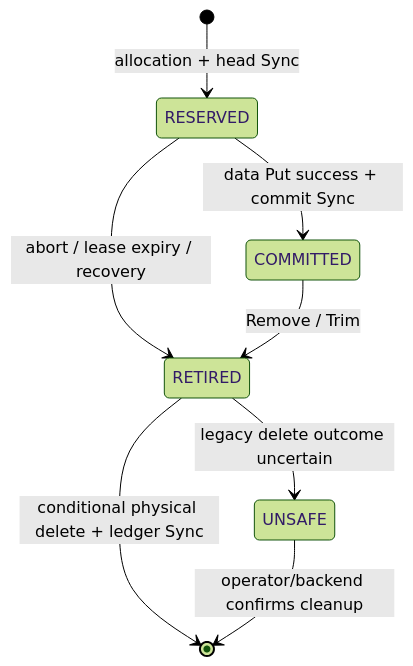
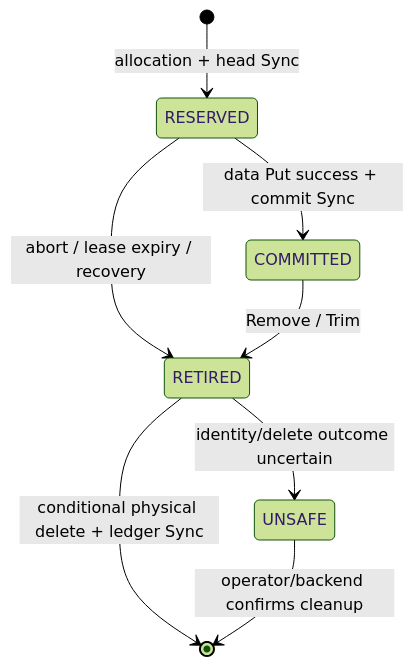
One commit to alibaba/tair-kvcache changed the third of 3 diagrams in docs/design/kv_meta_object_storage.md. Above: the diagram before and after it, drawn with Mermaid (forest theme). The commit also changed other lines of this file and 36 other files, not shown here.

````diff
--- a/docs/design/kv_meta_object_storage.md
+++ b/docs/design/kv_meta_object_storage.md
@@ -1330,10 +1488,10 @@
 ```mermaid
 stateDiagram-v2
     [*] --> RESERVED: allocation + head Sync
     RESERVED --> COMMITTED: data Put success + commit Sync
     RESERVED --> RETIRED: abort / lease expiry / recovery
     COMMITTED --> RETIRED: Remove / Trim
     RETIRED --> [*]: conditional physical delete + ledger Sync
-    RETIRED --> UNSAFE: legacy delete outcome uncertain
+    RETIRED --> UNSAFE: identity/delete outcome uncertain
     UNSAFE --> [*]: operator/backend confirms cleanup
 ```
````
